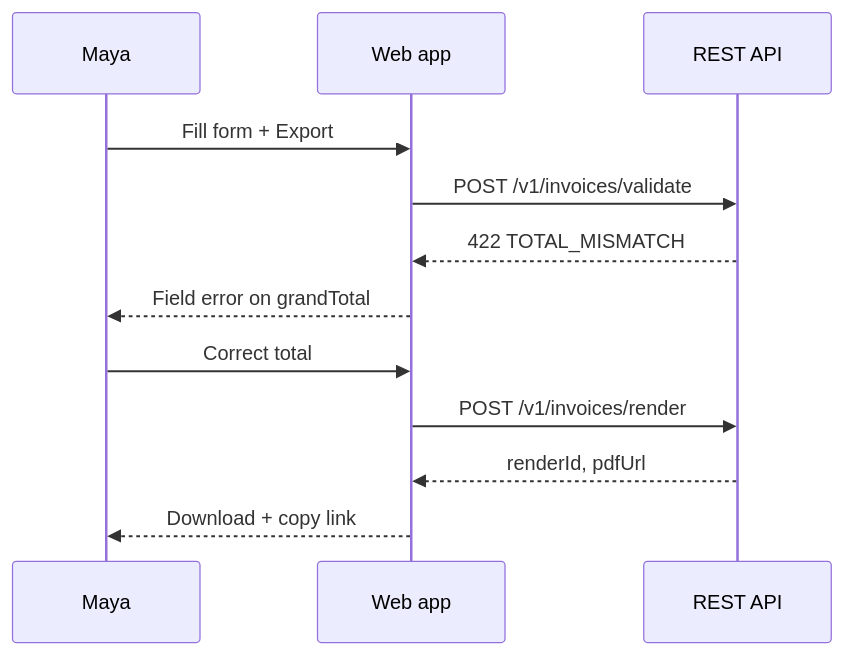
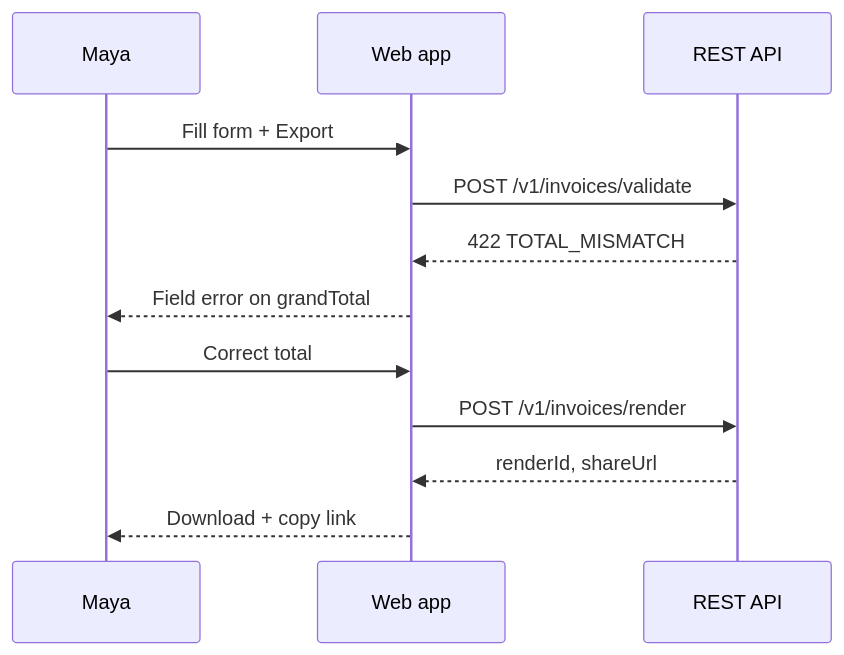
Before and after one commit to Milkywayrules/usetagih: the second of 2 diagrams in _bmad-output/planning-artifacts/ux-designs/ux-usetagih-2026-07-20/EXPERIENCE.md, drawn with Mermaid. The commit also changed other lines of this file and 3 other files, not shown here.

````diff
--- a/_bmad-output/planning-artifacts/ux-designs/ux-usetagih-2026-07-20/EXPERIENCE.md
+++ b/_bmad-output/planning-artifacts/ux-designs/ux-usetagih-2026-07-20/EXPERIENCE.md
@@ -561,14 +561,14 @@
 ```mermaid
 sequenceDiagram
   participant M as Maya
   participant UI as Web app
   participant API as REST API
   M->>UI: Fill form + Export
   UI->>API: POST /v1/invoices/validate
   API-->>UI: 422 TOTAL_MISMATCH
   UI-->>M: Field error on grandTotal
   M->>UI: Correct total
   UI->>API: POST /v1/invoices/render
-  API-->>UI: renderId, pdfUrl
+  API-->>UI: renderId, shareUrl
   UI-->>M: Download + copy link
 ```
````
